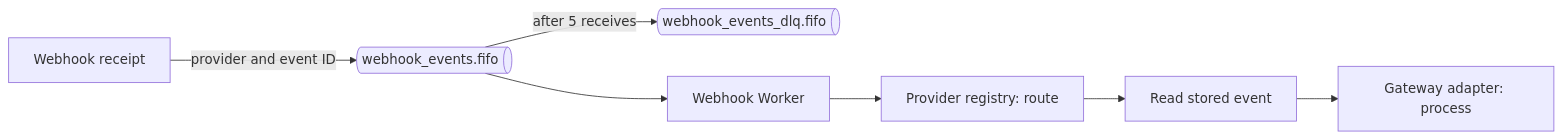
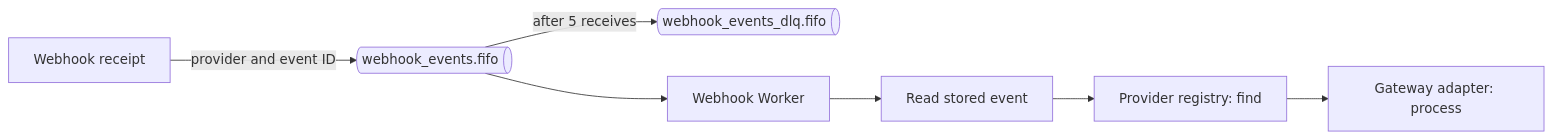
One commit to gabrielroriz/aws-resilient-payment-flow changed the second of 2 diagrams in docs/architecture/webhook-receipt.md. Above: the diagram before and after it, drawn with Mermaid. The commit also changed other lines of this file and 13 other files, not shown here.

````diff
--- a/docs/architecture/webhook-receipt.md
+++ b/docs/architecture/webhook-receipt.md
@@ -88,11 +88,11 @@
 ```mermaid
 flowchart LR
     Queue@{ shape: h-cyl, label: "webhook_events.fifo" }
     DLQ@{ shape: h-cyl, label: "webhook_events_dlq.fifo" }
     Receipt["Webhook receipt"] -->|"provider and event ID"| Queue
     Queue --> Worker["Webhook Worker"]
-    Worker --> Registry["Provider registry: route"]
-    Registry --> Store["Read stored event"]
-    Store --> Processor["Gateway adapter: process"]
+    Worker --> Store["Read stored event"]
+    Store --> Registry["Provider registry: find"]
+    Registry --> Processor["Gateway adapter: process"]
     Queue -->|"after 5 receives"| DLQ
 ```
````
